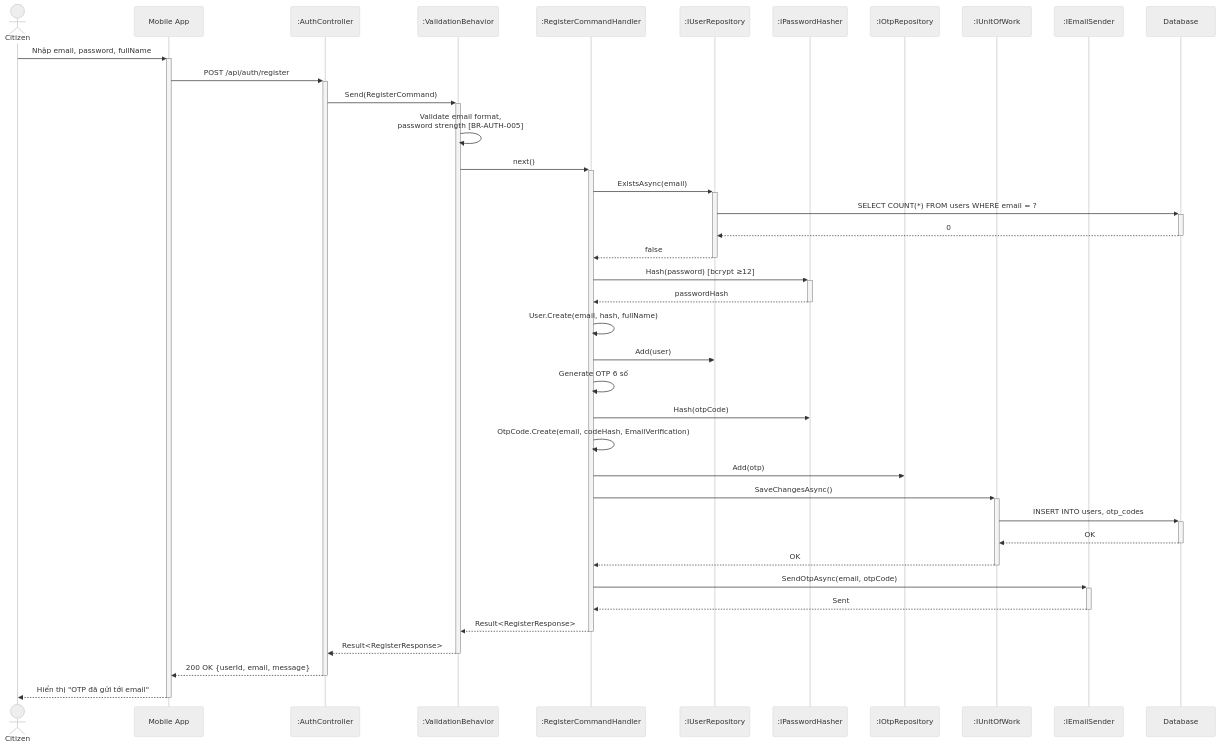
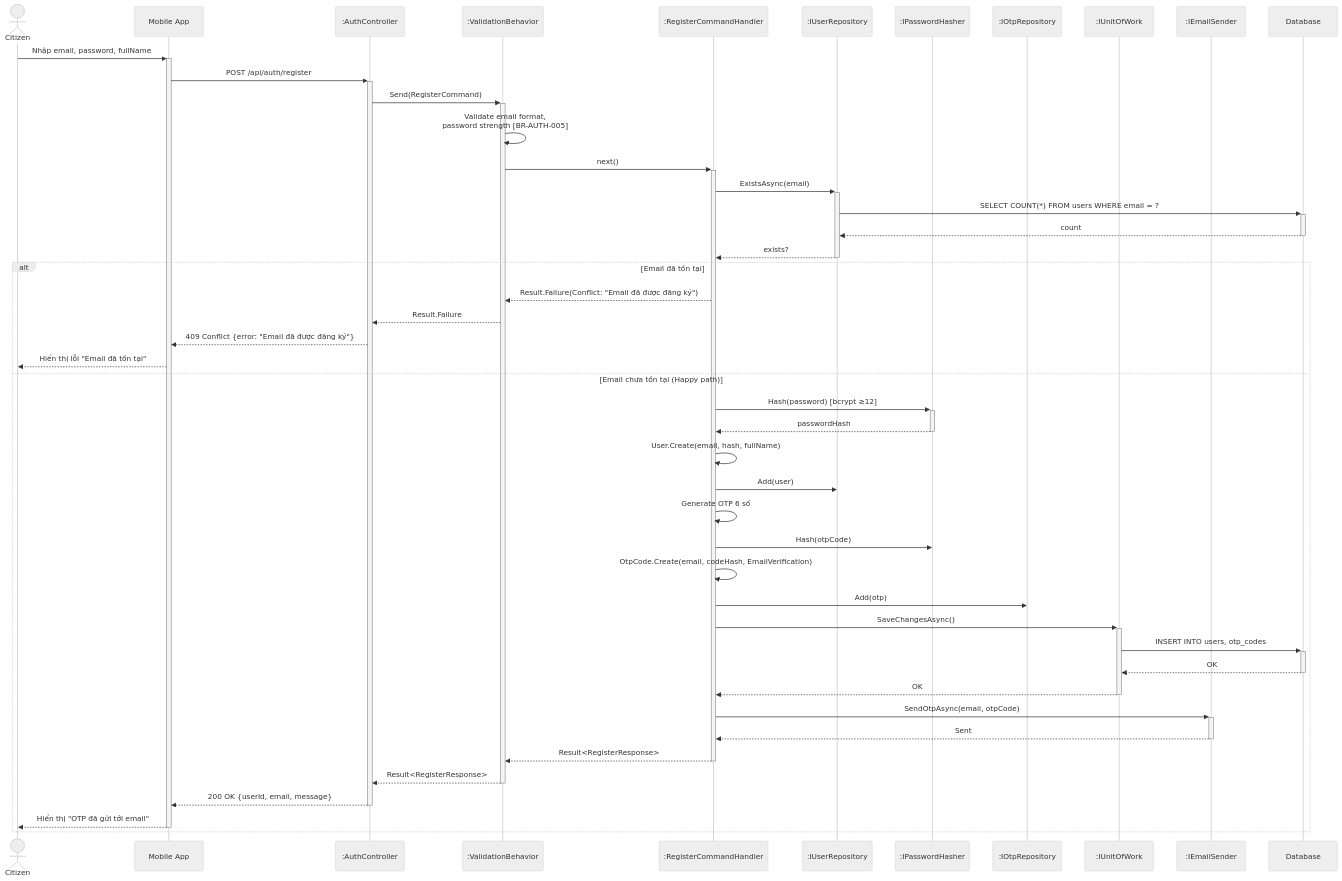
The first of 25 diagrams in docs/BusinessRule/SEQUENCE_DIAGRAMS.md (Capstonne-Project/greenlens-service), drawn with Mermaid (neutral theme) before and after one commit. The commit also changed other lines of this file, not shown here.

Commit message:
fix(docs): enhance bad case for sequence diagram

````diff
--- a/docs/BusinessRule/SEQUENCE_DIAGRAMS.md
+++ b/docs/BusinessRule/SEQUENCE_DIAGRAMS.md
@@ -21,49 +21,56 @@
 ```mermaid
 sequenceDiagram
     actor Citizen
     participant App as Mobile App
     participant Ctrl as :AuthController
     participant Val as :ValidationBehavior
     participant Hdl as :RegisterCommandHandler
     participant Repo as :IUserRepository
     participant Hash as :IPasswordHasher
     participant OtpRepo as :IOtpRepository
     participant UoW as :IUnitOfWork
     participant Email as :IEmailSender
     participant DB as Database
 
     Citizen->>+App: Nhập email, password, fullName
     App->>+Ctrl: POST /api/auth/register
     Ctrl->>+Val: Send(RegisterCommand)
     Val->>Val: Validate email format,<br/>password strength [BR-AUTH-005]
     Val->>+Hdl: next()
 
     Hdl->>+Repo: ExistsAsync(email)
     Repo->>+DB: SELECT COUNT(*) FROM users WHERE email = ?
-    DB-->>-Repo: 0
-    Repo-->>-Hdl: false
+    DB-->>-Repo: count
+    Repo-->>-Hdl: exists?
 
-    Hdl->>+Hash: Hash(password) [bcrypt ≥12]
-    Hash-->>-Hdl: passwordHash
+    alt Email đã tồn tại
+        Hdl-->>Val: Result.Failure(Conflict: "Email đã được đăng ký")
+        Val-->>Ctrl: Result.Failure
+        Ctrl-->>App: 409 Conflict {error: "Email đã được đăng ký"}
+        App-->>Citizen: Hiển thị lỗi "Email đã tồn tại"
+    else Email chưa tồn tại (Happy path)
+        Hdl->>+Hash: Hash(password) [bcrypt ≥12]
+        Hash-->>-Hdl: passwordHash
 
-    Hdl->>Hdl: User.Create(email, hash, fullName)
-    Hdl->>Repo: Add(user)
+        Hdl->>Hdl: User.Create(email, hash, fullName)
+        Hdl->>Repo: Add(user)
 
-    Hdl->>Hdl: Generate OTP 6 số
-    Hdl->>Hash: Hash(otpCode)
-    Hdl->>Hdl: OtpCode.Create(email, codeHash, EmailVerification)
-    Hdl->>OtpRepo: Add(otp)
+        Hdl->>Hdl: Generate OTP 6 số
+        Hdl->>Hash: Hash(otpCode)
+        Hdl->>Hdl: OtpCode.Create(email, codeHash, EmailVerification)
+        Hdl->>OtpRepo: Add(otp)
 
-    Hdl->>+UoW: SaveChangesAsync()
-    UoW->>+DB: INSERT INTO users, otp_codes
-    DB-->>-UoW: OK
-    UoW-->>-Hdl: OK
+        Hdl->>+UoW: SaveChangesAsync()
+        UoW->>+DB: INSERT INTO users, otp_codes
+        DB-->>-UoW: OK
+        UoW-->>-Hdl: OK
 
-    Hdl->>+Email: SendOtpAsync(email, otpCode)
-    Email-->>-Hdl: Sent
+        Hdl->>+Email: SendOtpAsync(email, otpCode)
+        Email-->>-Hdl: Sent
 
-    Hdl-->>-Val: Result<RegisterResponse>
-    Val-->>-Ctrl: Result<RegisterResponse>
-    Ctrl-->>-App: 200 OK {userId, email, message}
-    App-->>-Citizen: Hiển thị "OTP đã gửi tới email"
+        Hdl-->>-Val: Result<RegisterResponse>
+        Val-->>-Ctrl: Result<RegisterResponse>
+        Ctrl-->>-App: 200 OK {userId, email, message}
+        App-->>-Citizen: Hiển thị "OTP đã gửi tới email"
+    end
 ```
````
